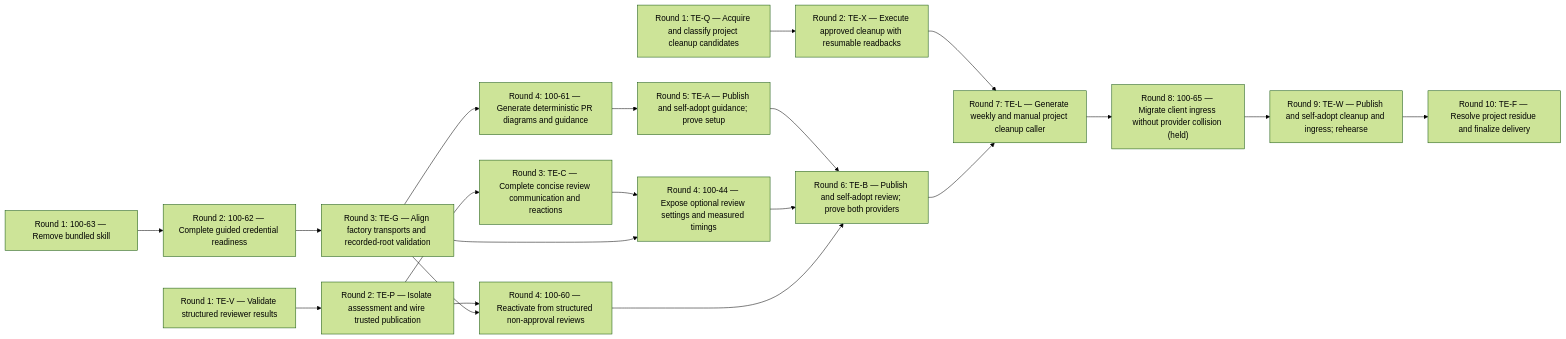
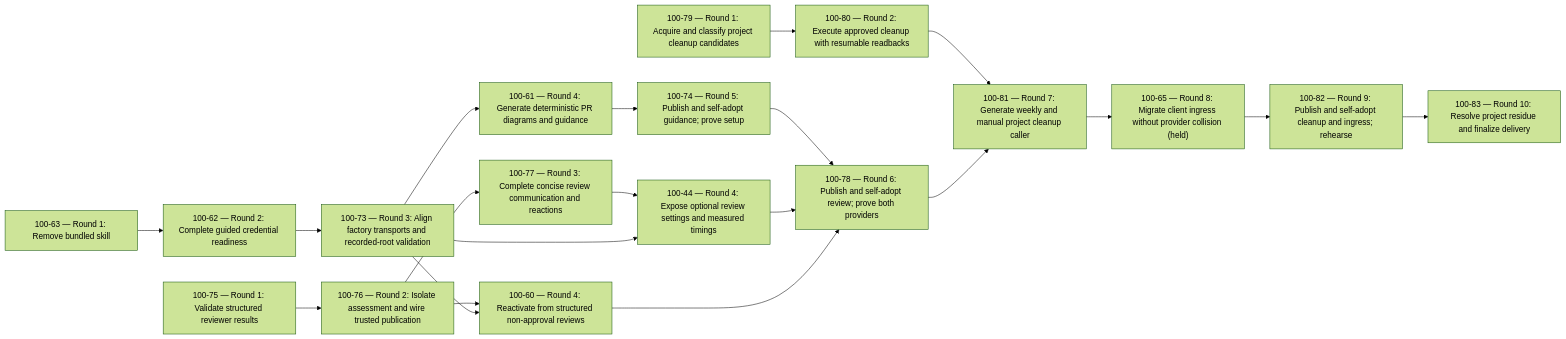
The diagram in docs/symphony-plans/fan-out-plan-100-67-template-enhancements.mmd (1000lines/symphony-client-template), drawn with Mermaid (forest theme) before and after one commit. The commit also changed 1 other file, not shown here.

```diff
--- a/docs/symphony-plans/fan-out-plan-100-67-template-enhancements.mmd
+++ b/docs/symphony-plans/fan-out-plan-100-67-template-enhancements.mmd
@@ -1,38 +1,38 @@
 %% symphony-dag/v1
 flowchart LR
-  K["Round 1: 100-63 — Remove bundled skill"]
-  O["Round 2: 100-62 — Complete guided credential readiness"]
-  D["Round 4: 100-61 — Generate deterministic PR diagrams and guidance"]
-  G["Round 3: TE-G — Align factory transports and recorded-root validation"]
-  A["Round 5: TE-A — Publish and self-adopt guidance; prove setup"]
-  V["Round 1: TE-V — Validate structured reviewer results"]
-  P["Round 2: TE-P — Isolate assessment and wire trusted publication"]
-  C["Round 3: TE-C — Complete concise review communication and reactions"]
-  N["Round 4: 100-60 — Reactivate from structured non-approval reviews"]
-  T["Round 4: 100-44 — Expose optional review settings and measured timings"]
-  B["Round 6: TE-B — Publish and self-adopt review; prove both providers"]
-  Q["Round 1: TE-Q — Acquire and classify project cleanup candidates"]
-  X["Round 2: TE-X — Execute approved cleanup with resumable readbacks"]
-  L["Round 7: TE-L — Generate weekly and manual project cleanup caller"]
-  I["Round 8: 100-65 — Migrate client ingress without provider collision (held)"]
-  W["Round 9: TE-W — Publish and self-adopt cleanup and ingress; rehearse"]
-  F["Round 10: TE-F — Resolve project residue and finalize delivery"]
+  K["100-63 — Round 1: Remove bundled skill"]
+  O["100-62 — Round 2: Complete guided credential readiness"]
+  D["100-61 — Round 4: Generate deterministic PR diagrams and guidance"]
+  G["100-73 — Round 3: Align factory transports and recorded-root validation"]
+  A["100-74 — Round 5: Publish and self-adopt guidance; prove setup"]
+  V["100-75 — Round 1: Validate structured reviewer results"]
+  P["100-76 — Round 2: Isolate assessment and wire trusted publication"]
+  C["100-77 — Round 3: Complete concise review communication and reactions"]
+  N["100-60 — Round 4: Reactivate from structured non-approval reviews"]
+  T["100-44 — Round 4: Expose optional review settings and measured timings"]
+  B["100-78 — Round 6: Publish and self-adopt review; prove both providers"]
+  Q["100-79 — Round 1: Acquire and classify project cleanup candidates"]
+  X["100-80 — Round 2: Execute approved cleanup with resumable readbacks"]
+  L["100-81 — Round 7: Generate weekly and manual project cleanup caller"]
+  I["100-65 — Round 8: Migrate client ingress without provider collision (held)"]
+  W["100-82 — Round 9: Publish and self-adopt cleanup and ingress; rehearse"]
+  F["100-83 — Round 10: Resolve project residue and finalize delivery"]
   K --> O
   O --> G
   G --> D
   D --> A
   V --> P
   P --> C
   P --> N
   G --> N
   C --> T
   G --> T
   A --> B
   T --> B
   N --> B
   Q --> X
   X --> L
   B --> L
   L --> I
   I --> W
   W --> F
```
